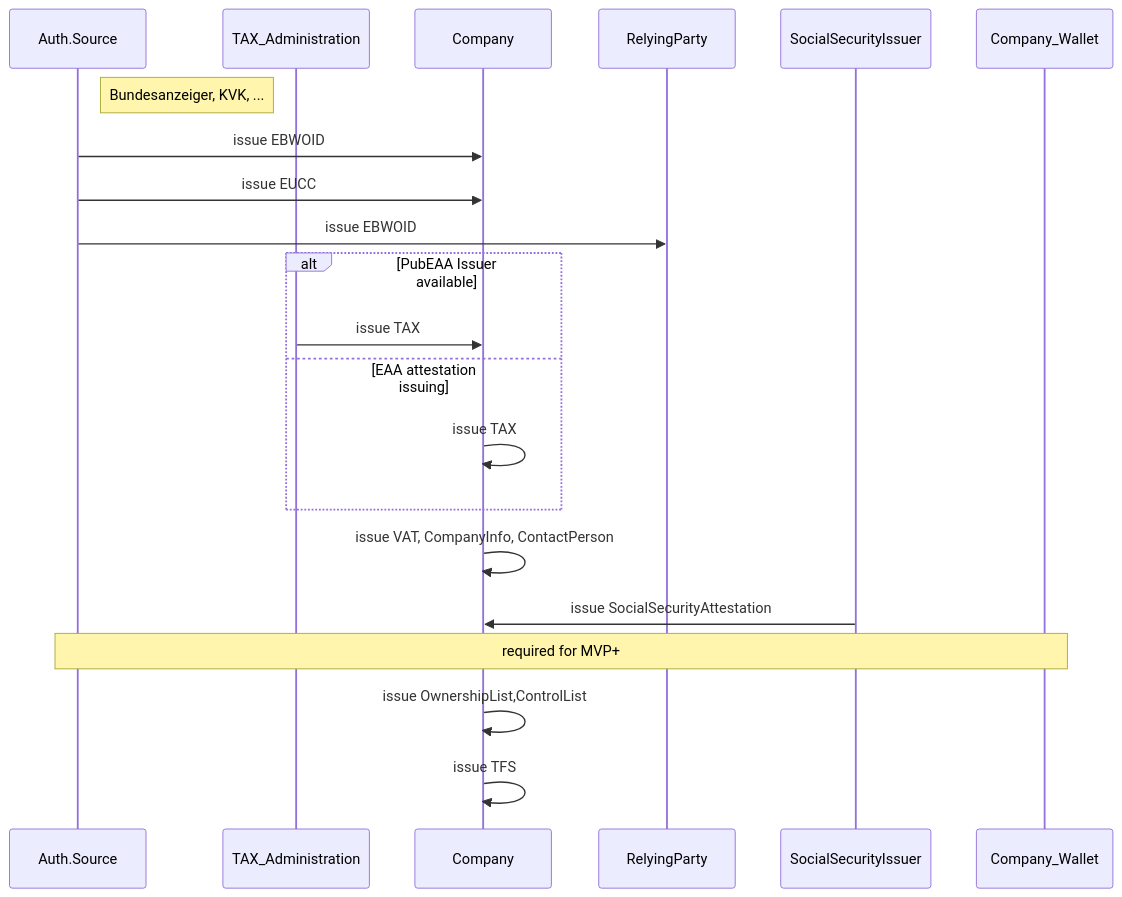
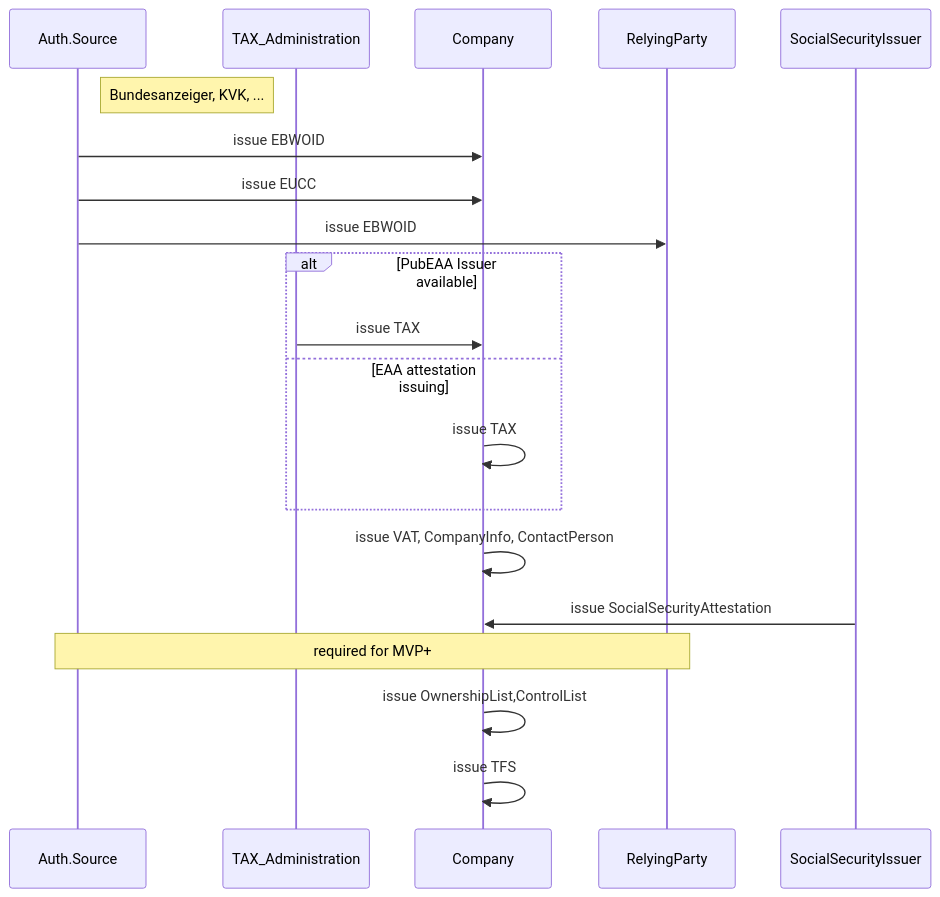
The first of 7 diagrams in BU1/BU1_KYC.md (DominicHurni/wp3-technology-standards), drawn with Mermaid before and after one commit. The commit also changed 1 other file, not shown here.

Commit message:
PA3 changes

````diff
--- a/BU1/BU1_KYC.md
+++ b/BU1/BU1_KYC.md
@@ -21,26 +21,26 @@
 ```mermaid
 sequenceDiagram
     participant Auth.Source 
     note right of Auth.Source : Bundesanzeiger, KVK, ...
     participant TAX_Administration 
     participant Company
     participant RelyingParty
     participant SocialSecurityIssuer
 
     Auth.Source ->> Company : issue EBWOID  
     Auth.Source ->> Company : issue EUCC
     Auth.Source ->> RelyingParty : issue EBWOID
     
     alt PubEAA Issuer available
         TAX_Administration ->> Company : issue TAX
     else EAA attestation issuing
         Company ->> Company: issue TAX
     end
     
     Company ->> Company: issue VAT, CompanyInfo, ContactPerson
     SocialSecurityIssuer->> Company: issue SocialSecurityAttestation 
         
-    Note over Auth.Source ,Company_Wallet: required for MVP+   
+    Note over Auth.Source ,RelyingParty: required for MVP+   
     Company ->> Company: issue OwnershipList,ControlList
     Company ->> Company: issue TFS 
 ```
````
